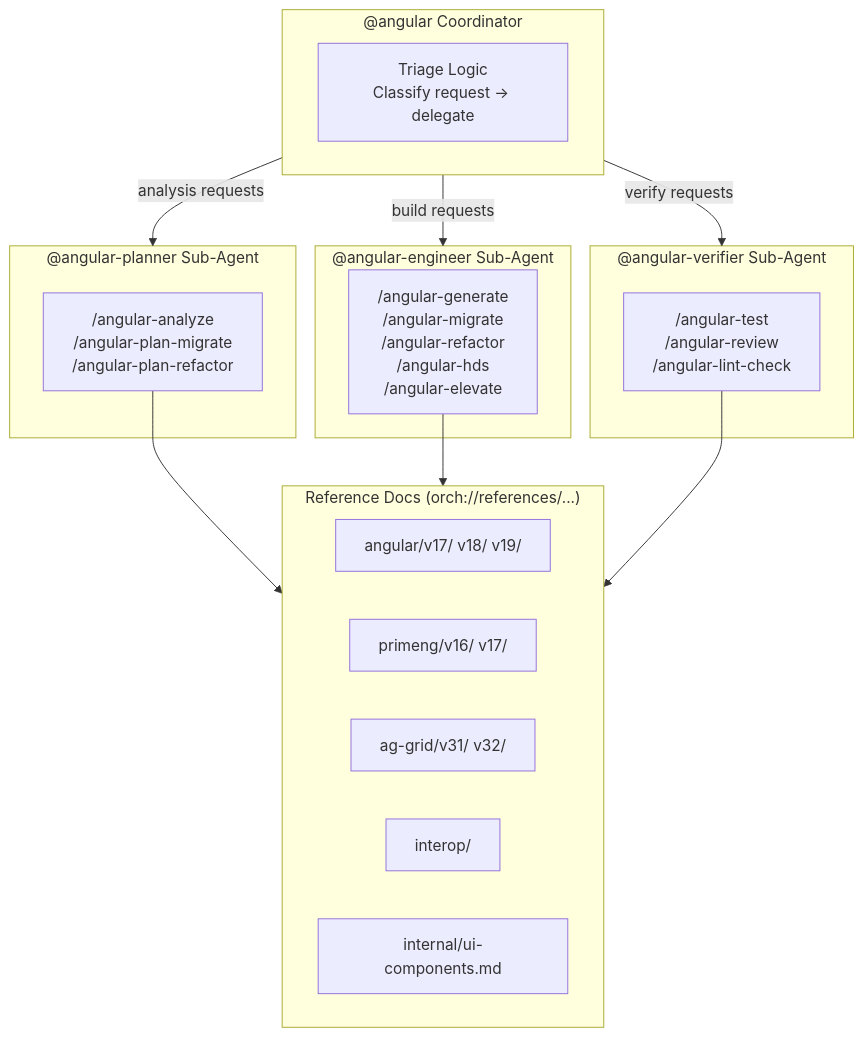
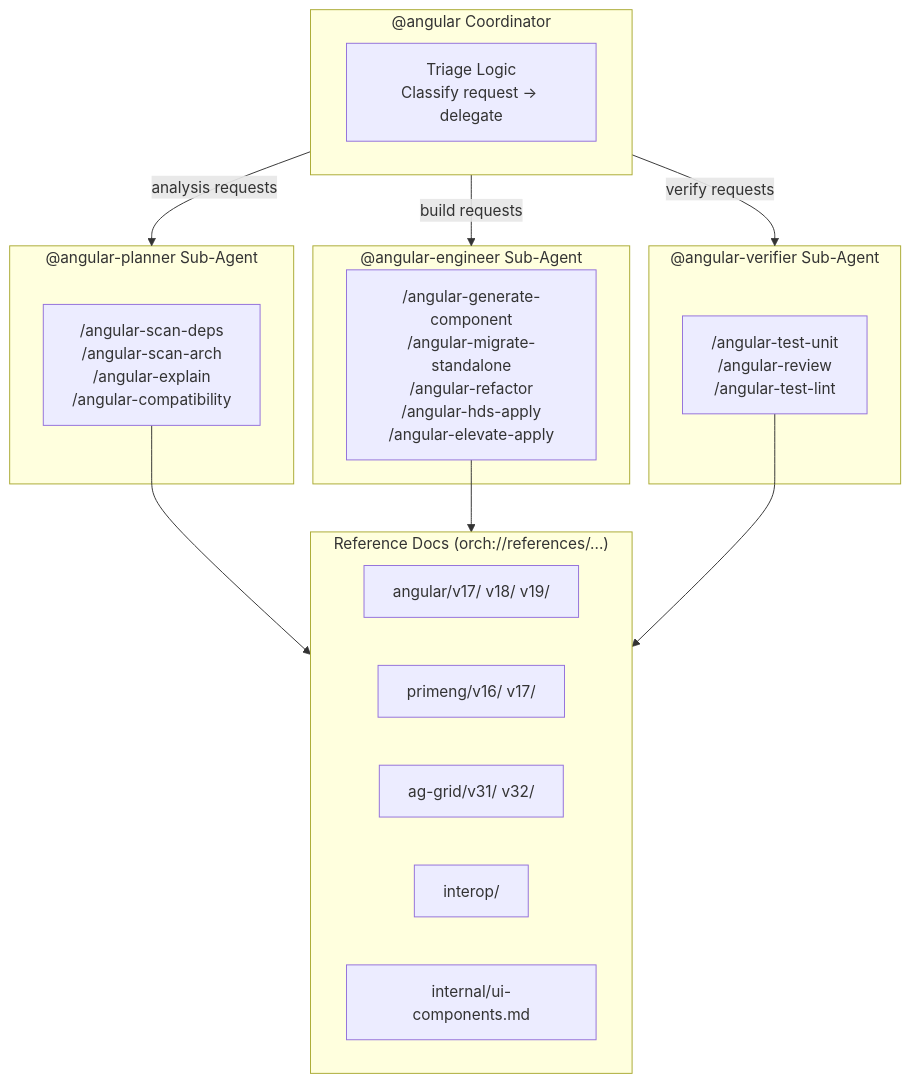
Before and after one commit to oneinthebox/vscode-ghcp-agents: the fourth of 17 diagrams in docs/tech.md, drawn with Mermaid. The commit also changed other lines of this file and 24 other files, not shown here.

````diff
--- a/docs/tech.md
+++ b/docs/tech.md
@@ -146,33 +146,33 @@
 ```mermaid
 graph TB
     subgraph Coordinator["@angular Coordinator"]
         Triage["Triage Logic<br/>Classify request → delegate"]
     end
 
     subgraph Planner["@angular-planner Sub-Agent"]
-        PlanSkills["/angular-analyze<br/>/angular-plan-migrate<br/>/angular-plan-refactor"]
+        PlanSkills["/angular-scan-deps<br/>/angular-scan-arch<br/>/angular-explain<br/>/angular-compatibility"]
     end
 
     subgraph Engineer["@angular-engineer Sub-Agent"]
-        EngSkills["/angular-generate<br/>/angular-migrate<br/>/angular-refactor<br/>/angular-hds<br/>/angular-elevate"]
+        EngSkills["/angular-generate-component<br/>/angular-migrate-standalone<br/>/angular-refactor<br/>/angular-hds-apply<br/>/angular-elevate-apply"]
     end
 
     subgraph Verifier["@angular-verifier Sub-Agent"]
-        VerSkills["/angular-test<br/>/angular-review<br/>/angular-lint-check"]
+        VerSkills["/angular-test-unit<br/>/angular-review<br/>/angular-test-lint"]
     end
 
     subgraph Refs["Reference Docs (orch://references/...)"]
         AngDocs["angular/v17/ v18/ v19/"]
         PrimeDocs["primeng/v16/ v17/"]
         AGDocs["ag-grid/v31/ v32/"]
         InteropDocs["interop/"]
         InternalDocs["internal/ui-components.md"]
     end
 
     Coordinator -->|analysis requests| Planner
     Coordinator -->|build requests| Engineer
     Coordinator -->|verify requests| Verifier
     PlanSkills --> Refs
     EngSkills --> Refs
     VerSkills --> Refs
 ```
````
